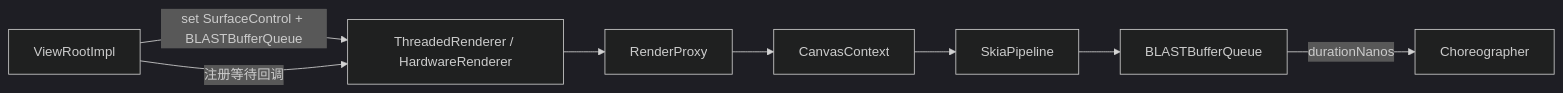
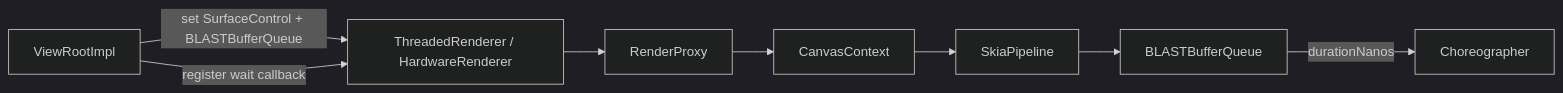
One commit to Gracker/android-internals-wiki changed the first of 2 diagrams in src/part1-fundamentals/ch02-rendering/25-choreographer-buffer-stuffing-recovery.md. Above: the diagram before and after it, drawn with Mermaid (dark theme). The commit also changed other lines of this file and 3 other files, not shown here.

````diff
--- a/src/part1-fundamentals/ch02-rendering/25-choreographer-buffer-stuffing-recovery.md
+++ b/src/part1-fundamentals/ch02-rendering/25-choreographer-buffer-stuffing-recovery.md
@@ -54,15 +54,15 @@
 ```mermaid
 flowchart LR
     VRI["ViewRootImpl"]
     TR["ThreadedRenderer / HardwareRenderer"]
     RP["RenderProxy"]
     CC["CanvasContext"]
     PIPE["SkiaPipeline"]
     BBQ["BLASTBufferQueue"]
     CH["Choreographer"]
 
     VRI -->|"set SurfaceControl + BLASTBufferQueue"| TR
-    VRI -->|"注册等待回调"| TR
+    VRI -->|"register wait callback"| TR
     TR --> RP --> CC --> PIPE --> BBQ
     BBQ -->|"durationNanos"| CH
 ```
````
